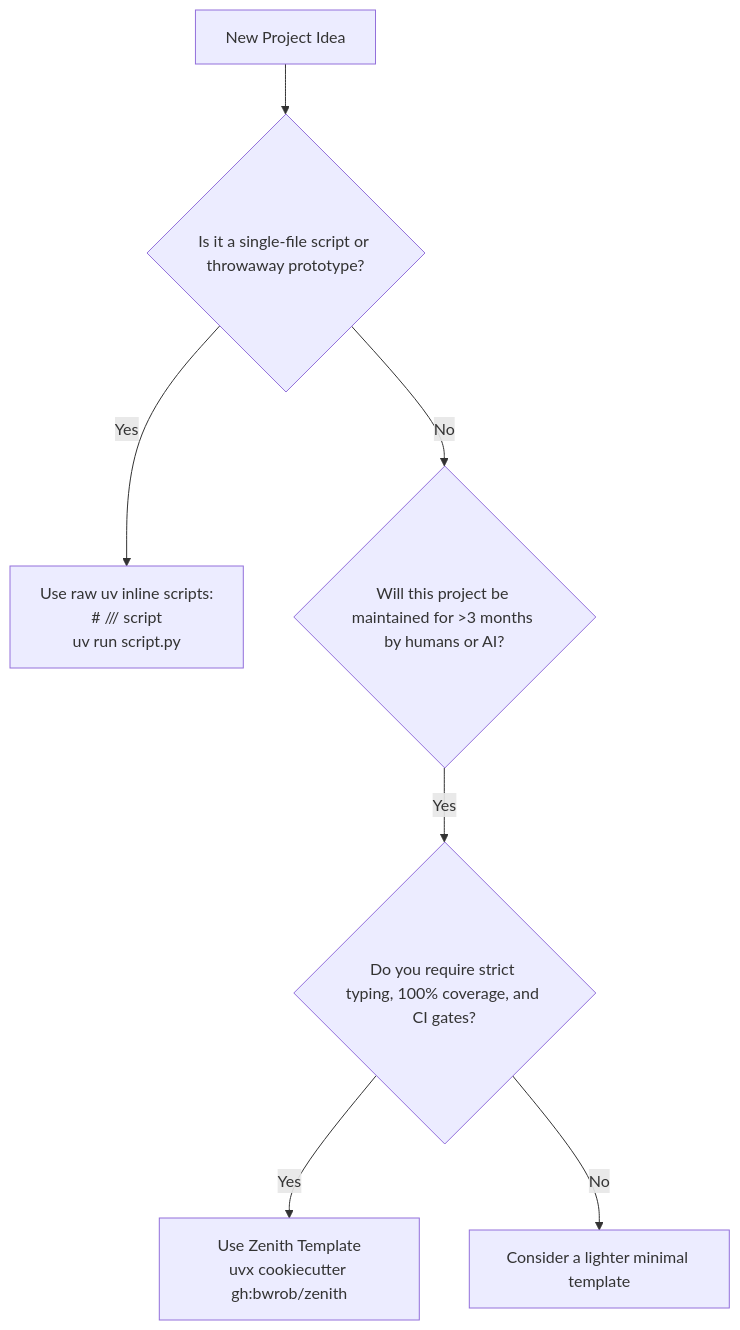
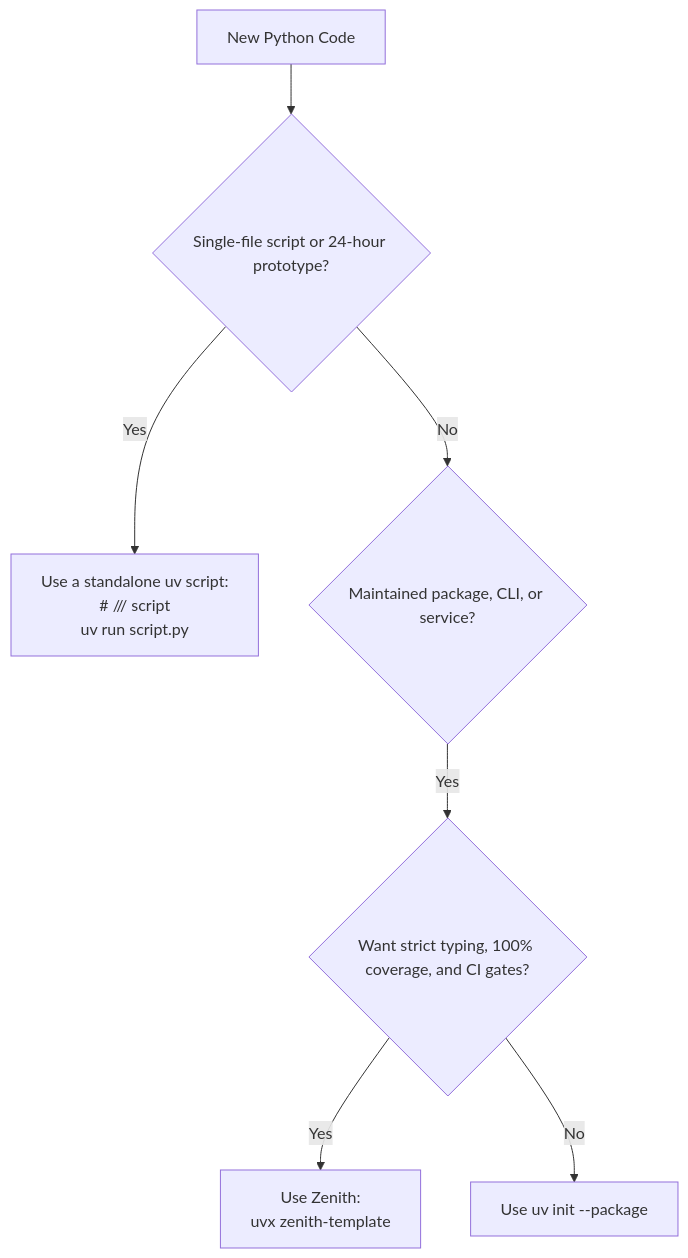
One commit to bwrob/zenith changed the second of 2 diagrams in docs/philosophy.md. Above: the diagram before and after it, drawn with Mermaid. The commit also changed other lines of this file and 35 other files, not shown here.

````diff
--- a/docs/philosophy.md
+++ b/docs/philosophy.md
@@ -270,9 +117,9 @@
 ```mermaid
 flowchart TD
-    Start["New Project Idea"] --> Q1{"Is it a single-file script or throwaway prototype?"}
-    Q1 -- "Yes" --> S1["Use raw uv inline scripts:<br/># /// script<br/>uv run script.py"]
-    Q1 -- "No" --> Q2{"Will this project be maintained for >3 months by humans or AI?"}
-    Q2 -- "Yes" --> Q3{"Do you require strict typing, 100% coverage, and CI gates?"}
-    Q3 -- "Yes" --> Zenith["Use Zenith Template<br/>uvx cookiecutter gh:bwrob/zenith"]
-    Q3 -- "No" --> S2["Consider a lighter minimal template"]
+    Start["New Python Code"] --> Q1{"Single-file script or 24-hour prototype?"}
+    Q1 -- "Yes" --> S1["Use a standalone uv script:<br/># /// script<br/>uv run script.py"]
+    Q1 -- "No" --> Q2{"Maintained package, CLI, or service?"}
+    Q2 -- "Yes" --> Q3{"Want strict typing, 100% coverage, and CI gates?"}
+    Q3 -- "Yes" --> Zenith["Use Zenith:<br/>uvx zenith-template"]
+    Q3 -- "No" --> S2["Use uv init --package"]
 ```
````
